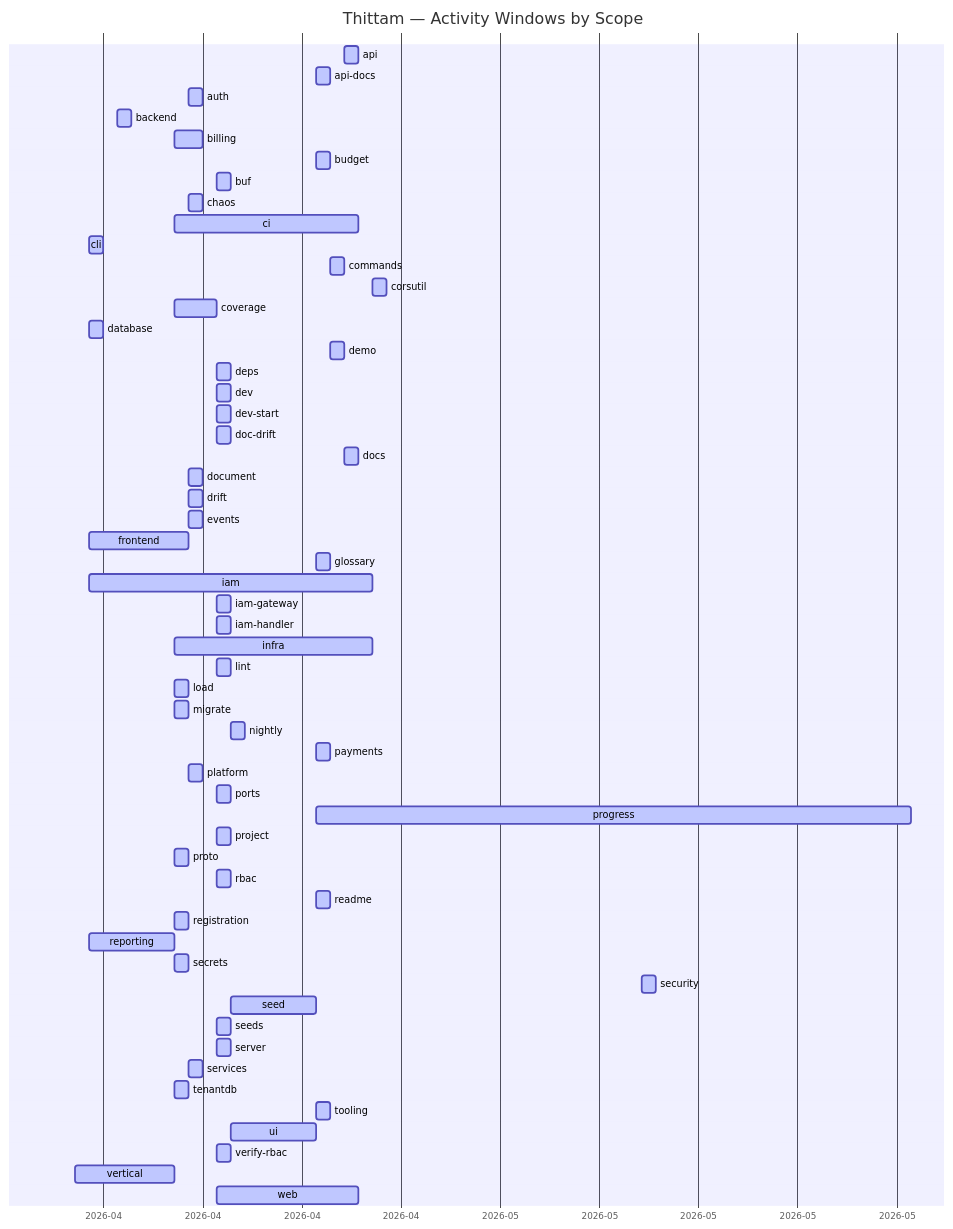
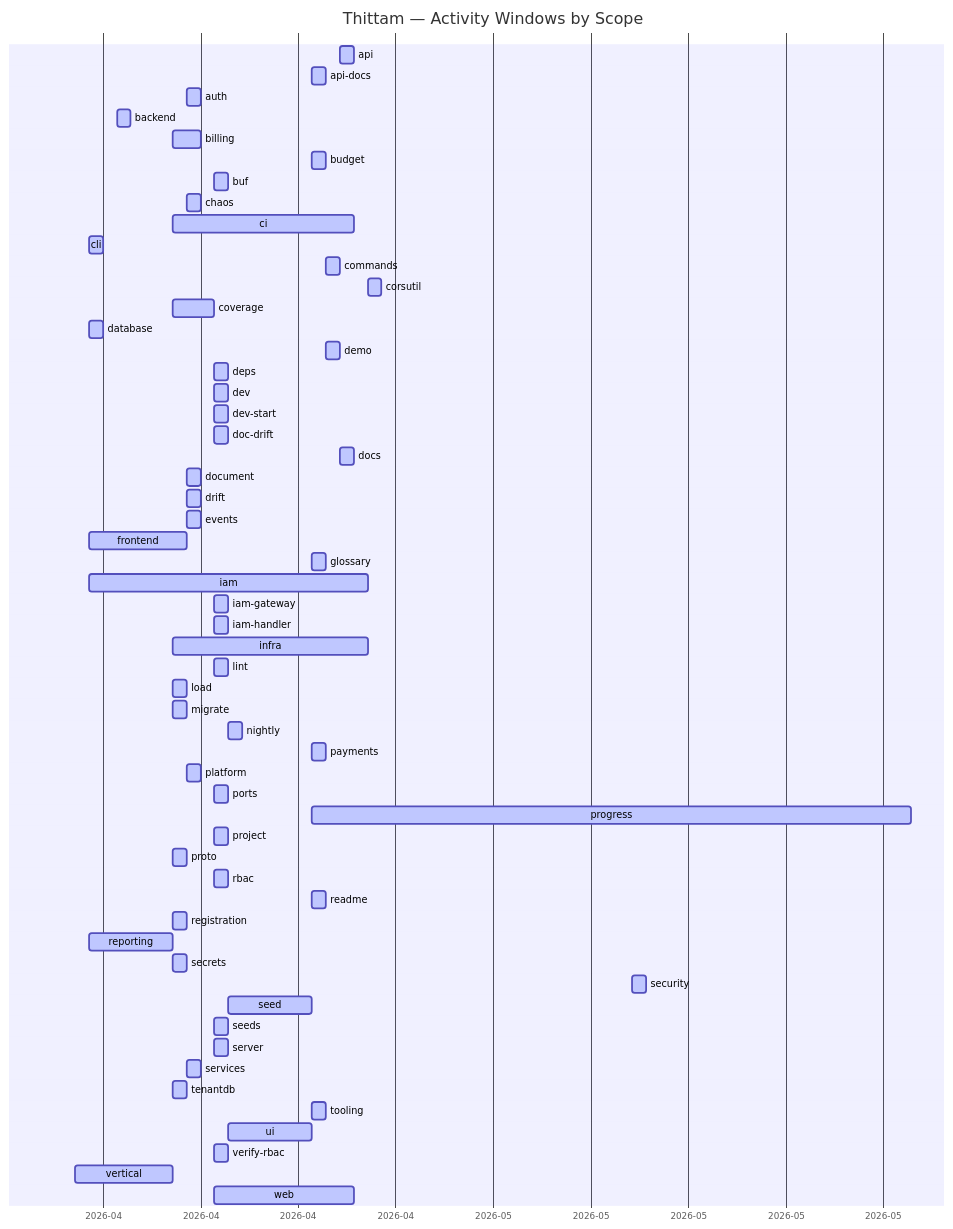
One commit to wegofwd2020-hub/thittam changed the diagram in docs/PROGRESS.md. Above: the diagram before and after it, drawn with Mermaid. The commit also changed other lines of this file and 1 other file, not shown here.

Commit message:
chore(progress): nightly update of docs/PROGRESS.md + CSVs

````diff
--- a/docs/PROGRESS.md
+++ b/docs/PROGRESS.md
@@ -9,61 +9,61 @@
 ```mermaid
 gantt
     title Thittam — Activity Windows by Scope
     dateFormat YYYY-MM-DD
     axisFormat %Y-%m
     api                :active, s_api, 2026-04-22, 2026-04-23
     api-docs           :active, s_api_docs, 2026-04-20, 2026-04-21
     auth               :active, s_auth, 2026-04-11, 2026-04-12
     backend            :active, s_backend, 2026-04-06, 2026-04-07
     billing            :active, s_billing, 2026-04-10, 2026-04-12
     budget             :active, s_budget, 2026-04-20, 2026-04-21
     buf                :active, s_buf, 2026-04-13, 2026-04-14
     chaos              :active, s_chaos, 2026-04-11, 2026-04-12
     ci                 :active, s_ci, 2026-04-10, 2026-04-23
     cli                :active, s_cli, 2026-04-04, 2026-04-05
     commands           :active, s_commands, 2026-04-21, 2026-04-22
     corsutil           :active, s_corsutil, 2026-04-24, 2026-04-25
     coverage           :active, s_coverage, 2026-04-10, 2026-04-13
     database           :active, s_database, 2026-04-04, 2026-04-05
     demo               :active, s_demo, 2026-04-21, 2026-04-22
     deps               :active, s_deps, 2026-04-13, 2026-04-14
     dev                :active, s_dev, 2026-04-13, 2026-04-14
     dev-start          :active, s_dev_start, 2026-04-13, 2026-04-14
     doc-drift          :active, s_doc_drift, 2026-04-13, 2026-04-14
     docs               :active, s_docs, 2026-04-22, 2026-04-23
     document           :active, s_document, 2026-04-11, 2026-04-12
     drift              :active, s_drift, 2026-04-11, 2026-04-12
     events             :active, s_events, 2026-04-11, 2026-04-12
     frontend           :active, s_frontend, 2026-04-04, 2026-04-11
     glossary           :active, s_glossary, 2026-04-20, 2026-04-21
     iam                :active, s_iam, 2026-04-04, 2026-04-24
     iam-gateway        :active, s_iam_gateway, 2026-04-13, 2026-04-14
     iam-handler        :active, s_iam_handler, 2026-04-13, 2026-04-14
     infra              :active, s_infra, 2026-04-10, 2026-04-24
     lint               :active, s_lint, 2026-04-13, 2026-04-14
     load               :active, s_load, 2026-04-10, 2026-04-11
     migrate            :active, s_migrate, 2026-04-10, 2026-04-11
     nightly            :active, s_nightly, 2026-04-14, 2026-04-15
     payments           :active, s_payments, 2026-04-20, 2026-04-21
     platform           :active, s_platform, 2026-04-11, 2026-04-12
     ports              :active, s_ports, 2026-04-13, 2026-04-14
-    progress           :active, s_progress, 2026-04-20, 2026-06-01
+    progress           :active, s_progress, 2026-04-20, 2026-06-02
     project            :active, s_project, 2026-04-13, 2026-04-14
     proto              :active, s_proto, 2026-04-10, 2026-04-11
     rbac               :active, s_rbac, 2026-04-13, 2026-04-14
     readme             :active, s_readme, 2026-04-20, 2026-04-21
     registration       :active, s_registration, 2026-04-10, 2026-04-11
     reporting          :active, s_reporting, 2026-04-04, 2026-04-10
     secrets            :active, s_secrets, 2026-04-10, 2026-04-11
     security           :active, s_security, 2026-05-13, 2026-05-14
     seed               :active, s_seed, 2026-04-14, 2026-04-20
     seeds              :active, s_seeds, 2026-04-13, 2026-04-14
     server             :active, s_server, 2026-04-13, 2026-04-14
     services           :active, s_services, 2026-04-11, 2026-04-12
     tenantdb           :active, s_tenantdb, 2026-04-10, 2026-04-11
     tooling            :active, s_tooling, 2026-04-20, 2026-04-21
     ui                 :active, s_ui, 2026-04-14, 2026-04-20
     verify-rbac        :active, s_verify_rbac, 2026-04-13, 2026-04-14
     vertical           :active, s_vertical, 2026-04-03, 2026-04-10
     web                :active, s_web, 2026-04-13, 2026-04-23
 ```
````
